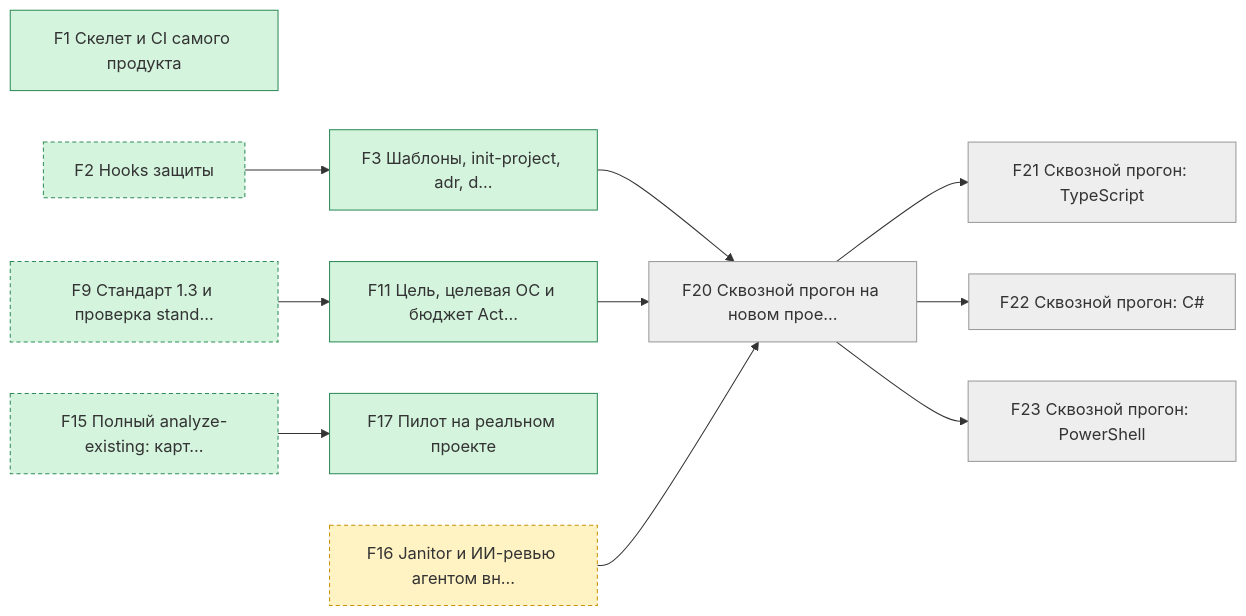
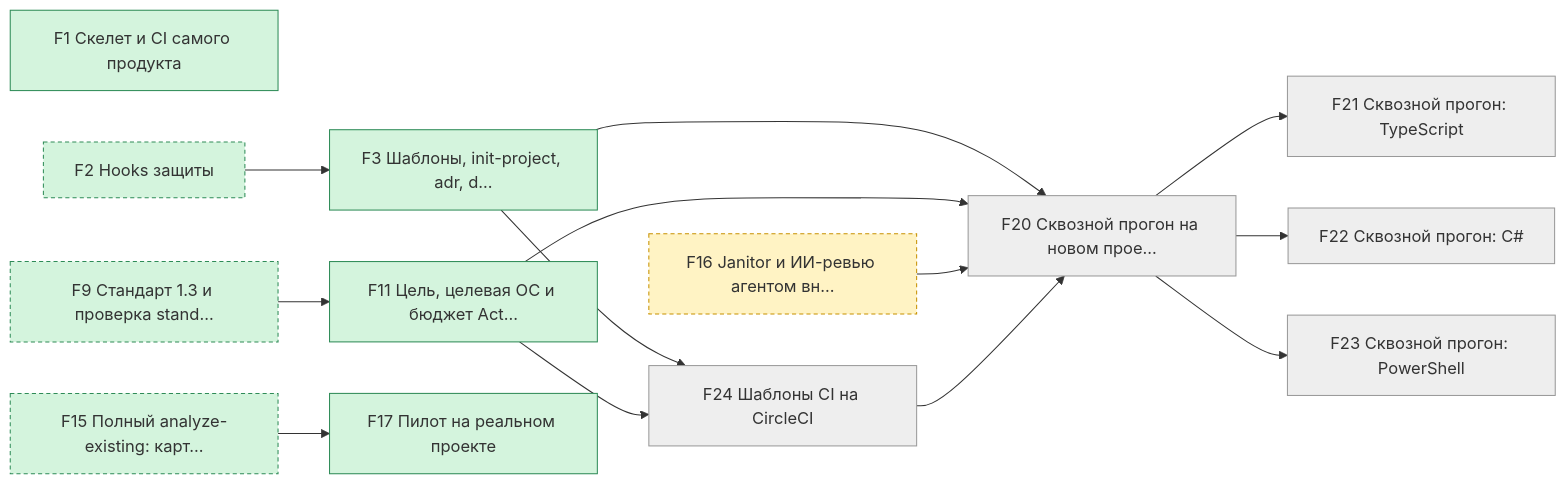
Before and after one commit to pete-doc/project-architect: the first of 6 diagrams in state/STATUS.md, drawn with Mermaid. The commit also changed other lines of this file and 2 other files, not shown here.

````diff
--- a/state/STATUS.md
+++ b/state/STATUS.md
@@ -42,33 +43,37 @@
 ```mermaid
 graph LR
   F1["F1 Скелет и CI самого продукта"]
   F3["F3 Шаблоны, init-project, adr, d…"]
   F11["F11 Цель, целевая ОС и бюджет Act…"]
   F17["F17 Пилот на реальном проекте"]
   F20["F20 Сквозной прогон на новом прое…"]
   F21["F21 Сквозной прогон: TypeScript"]
   F22["F22 Сквозной прогон: C#"]
   F23["F23 Сквозной прогон: PowerShell"]
+  F24["F24 Шаблоны CI на CircleCI"]
   F2["F2 Hooks защиты"]
   F9["F9 Стандарт 1.3 и проверка stand…"]
   F15["F15 Полный analyze-existing: карт…"]
   F16["F16 Janitor и ИИ-ревью агентом вн…"]
   F2 --> F3
   F9 --> F11
   F15 --> F17
   F3 --> F20
   F11 --> F20
   F16 --> F20
+  F24 --> F20
   F20 --> F21
   F20 --> F22
   F20 --> F23
+  F3 --> F24
+  F11 --> F24
   classDef done fill:#d4f4dd,stroke:#2e8b57
   classDef work fill:#fff3c4,stroke:#c79100
   classDef blocked fill:#ffd6d6,stroke:#c0392b
   classDef later fill:#eeeeee,stroke:#999999
   classDef outside stroke-dasharray: 4 3
   class F1,F3,F11,F17,F2,F9,F15 done
   class F16 work
-  class F20,F21,F22,F23 later
+  class F20,F21,F22,F23,F24 later
   class F2,F9,F15,F16 outside
 ```
````
